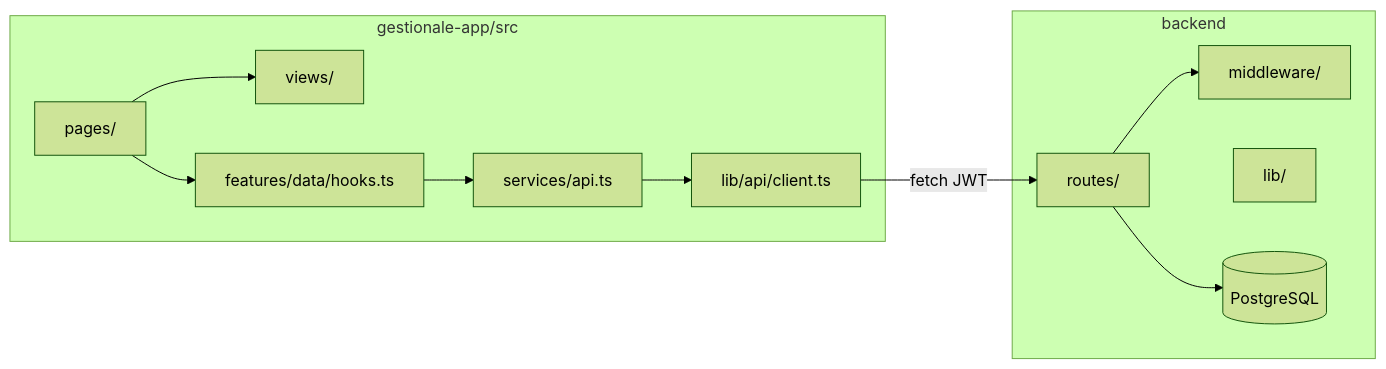
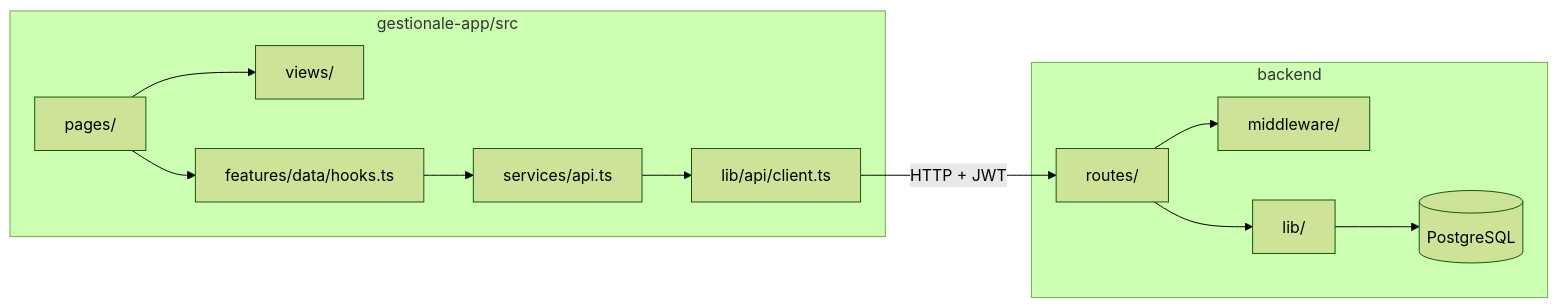
Before and after one commit to matteodiliberto3/GESTIONALE-JEINS: the diagram in walkthrough/MID-LEVEL/cap00-onboarding-mappa-repo.md, drawn with Mermaid (forest theme). The commit also changed other lines of this file and 11 other files, not shown here.

````diff
--- a/walkthrough/MID-LEVEL/cap00-onboarding-mappa-repo.md
+++ b/walkthrough/MID-LEVEL/cap00-onboarding-mappa-repo.md
@@ -31,23 +64,24 @@
 ```mermaid
 flowchart LR
     subgraph fe [gestionale-app/src]
         P[pages/]
         V[views/]
         F[features/data/hooks.ts]
         S[services/api.ts]
         C[lib/api/client.ts]
     end
     subgraph be [backend]
         R[routes/]
         M[middleware/]
         L[lib/]
         DB[(PostgreSQL)]
     end
     P --> V
     P --> F
     F --> S
     S --> C
-    C -->|fetch JWT| R
+    C -->|HTTP + JWT| R
     R --> M
-    R --> DB
+    R --> L
+    L --> DB
 ```
````
